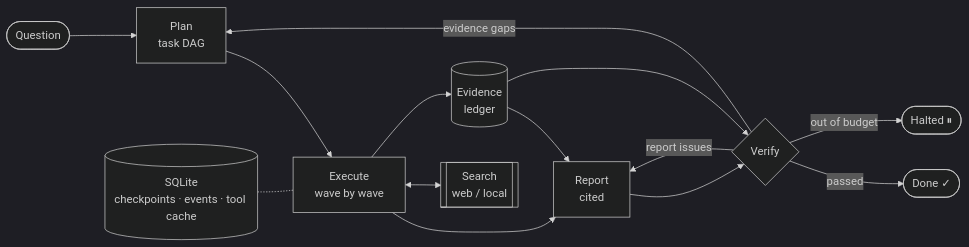
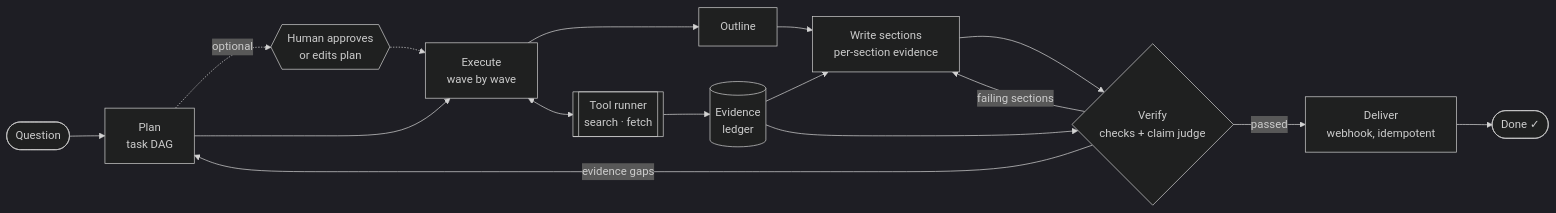
Before and after one commit to limengge426/deeptrace-research-agent: the first of 2 diagrams in README.md, drawn with Mermaid (dark theme). The commit also changed other lines of this file and 12 other files, not shown here.

First line of the commit message:
Add intent-logged tool layer: page fetching and idempotent report delivery

````diff
--- a/README.md
+++ b/README.md
@@ -38,17 +43,19 @@
 ```mermaid
 flowchart LR
     Q([Question]) --> P[Plan<br/>task DAG]
+    P -. optional .-> A{{Human approves<br/>or edits plan}}
+    A -.-> E
     P --> E[Execute<br/>wave by wave]
-    E --> R[Report<br/>cited]
-    R --> V{Verify}
-    V -->|passed| D([Done ✓])
-    V -->|report issues| R
+    E --> O[Outline]
+    O --> R[Write sections<br/>per-section evidence]
+    R --> V{Verify<br/>checks + claim judge}
+    V -->|failing sections| R
     V -->|evidence gaps| P
-    V -->|out of budget| H([Halted ⏸])
+    V -->|passed| D[Deliver<br/>webhook, idempotent]
+    D --> F([Done ✓])
 
-    E <--> T[[Search<br/>web / local]]
-    E --> L[(Evidence<br/>ledger)]
+    E <--> T[[Tool runner<br/>search · fetch]]
+    T --> L[(Evidence<br/>ledger)]
     L --> R
     L --> V
-    S[(SQLite<br/>checkpoints · events · tool cache)] -.- E
 ```
````
